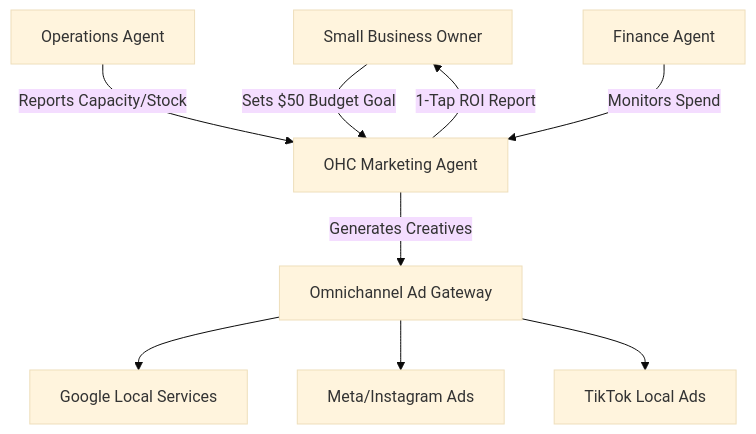
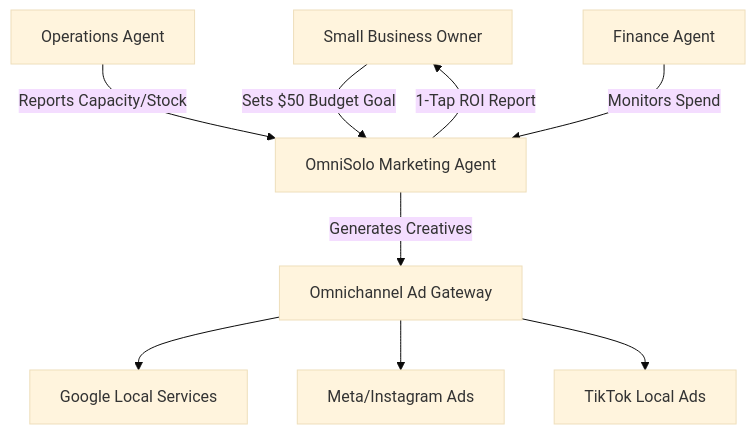
Before and after one commit to omnisolo-llc/onehumancorp: the diagram in docs/research/[architecture]_autonomous_ad_bidding_and_hyperlocal_marketing_engine.md, drawn with Mermaid (base theme). The commit also changed other lines of this file and 2191 other files, not shown here.

Commit message:
feat: complete OmniSolo rename and browser audit

````diff
--- a/docs/research/[architecture]_autonomous_ad_bidding_and_hyperlocal_marketing_engine.md
+++ b/docs/research/[architecture]_autonomous_ad_bidding_and_hyperlocal_marketing_engine.md
@@ -24,11 +24,11 @@
 ```mermaid
 graph TD;
-    Owner[Small Business Owner] -->|Sets $50 Budget Goal| MarketingAgent[OHC Marketing Agent];
+    Owner[Small Business Owner] -->|Sets $50 Budget Goal| MarketingAgent[OmniSolo Marketing Agent];
     OperationsAgent[Operations Agent] -->|Reports Capacity/Stock| MarketingAgent;
     MarketingAgent -->|Generates Creatives| AdGateway[Omnichannel Ad Gateway];
     AdGateway --> GoogleAds[Google Local Services];
     AdGateway --> MetaAds[Meta/Instagram Ads];
     AdGateway --> TikTokAds[TikTok Local Ads];
     FinanceAgent[Finance Agent] -->|Monitors Spend| MarketingAgent;
     MarketingAgent -->|1-Tap ROI Report| Owner;
 ```
````
